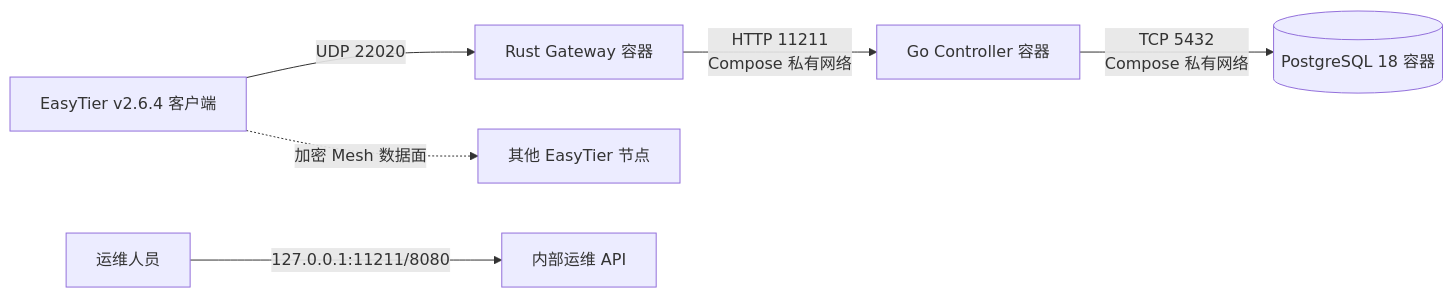
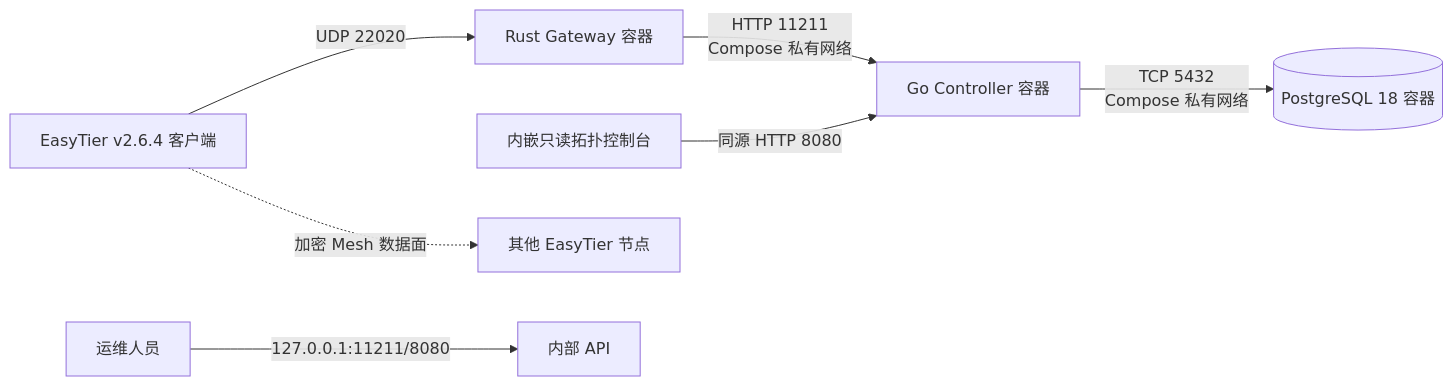
Before and after one commit to WuYouOwO/NexusTier: the diagram in docs/current-deployment-guide.zh-CN.md, drawn with Mermaid. The commit also changed other lines of this file and 6 other files, not shown here.

````diff
--- a/docs/current-deployment-guide.zh-CN.md
+++ b/docs/current-deployment-guide.zh-CN.md
@@ -8,8 +8,9 @@
 ```mermaid
 flowchart LR
     ET[EasyTier v2.6.4 客户端] -->|UDP 22020| GW[Rust Gateway 容器]
     GW -->|HTTP 11211<br/>Compose 私有网络| CTRL[Go Controller 容器]
     CTRL -->|TCP 5432<br/>Compose 私有网络| PG[(PostgreSQL 18 容器)]
-    OPS[运维人员] -->|127.0.0.1:11211/8080| API[内部运维 API]
+    WEB[内嵌只读拓扑控制台] -->|同源 HTTP 8080| CTRL
+    OPS[运维人员] -->|127.0.0.1:11211/8080| API[内部 API]
     ET -. 加密 Mesh 数据面 .-> PEERS[其他 EasyTier 节点]
 ```
````
